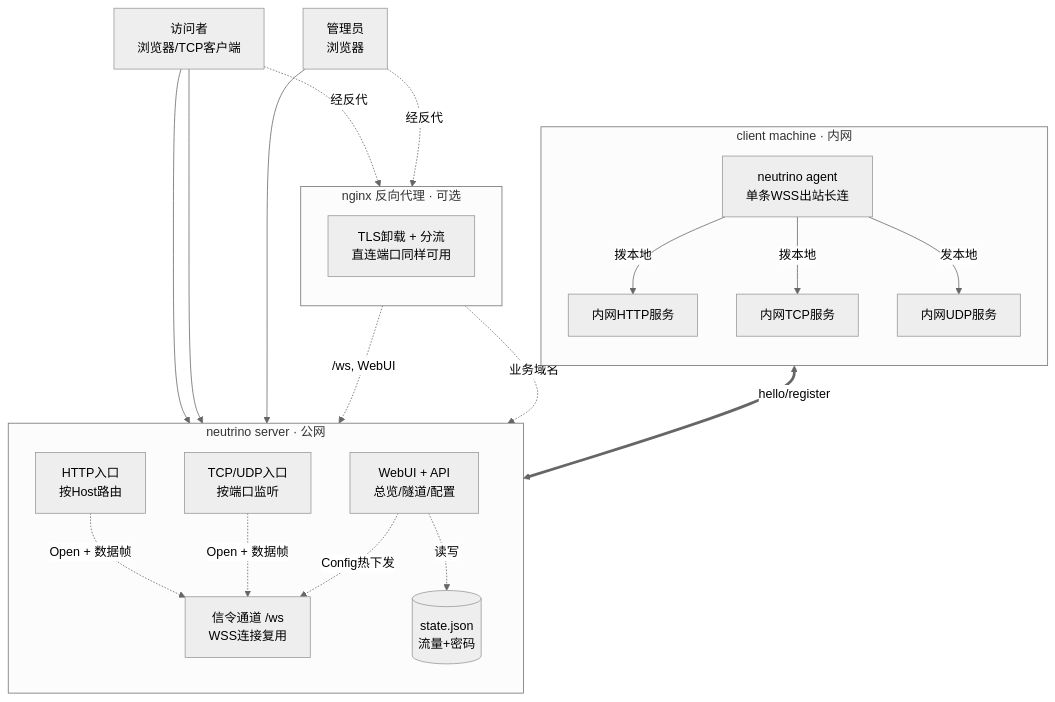
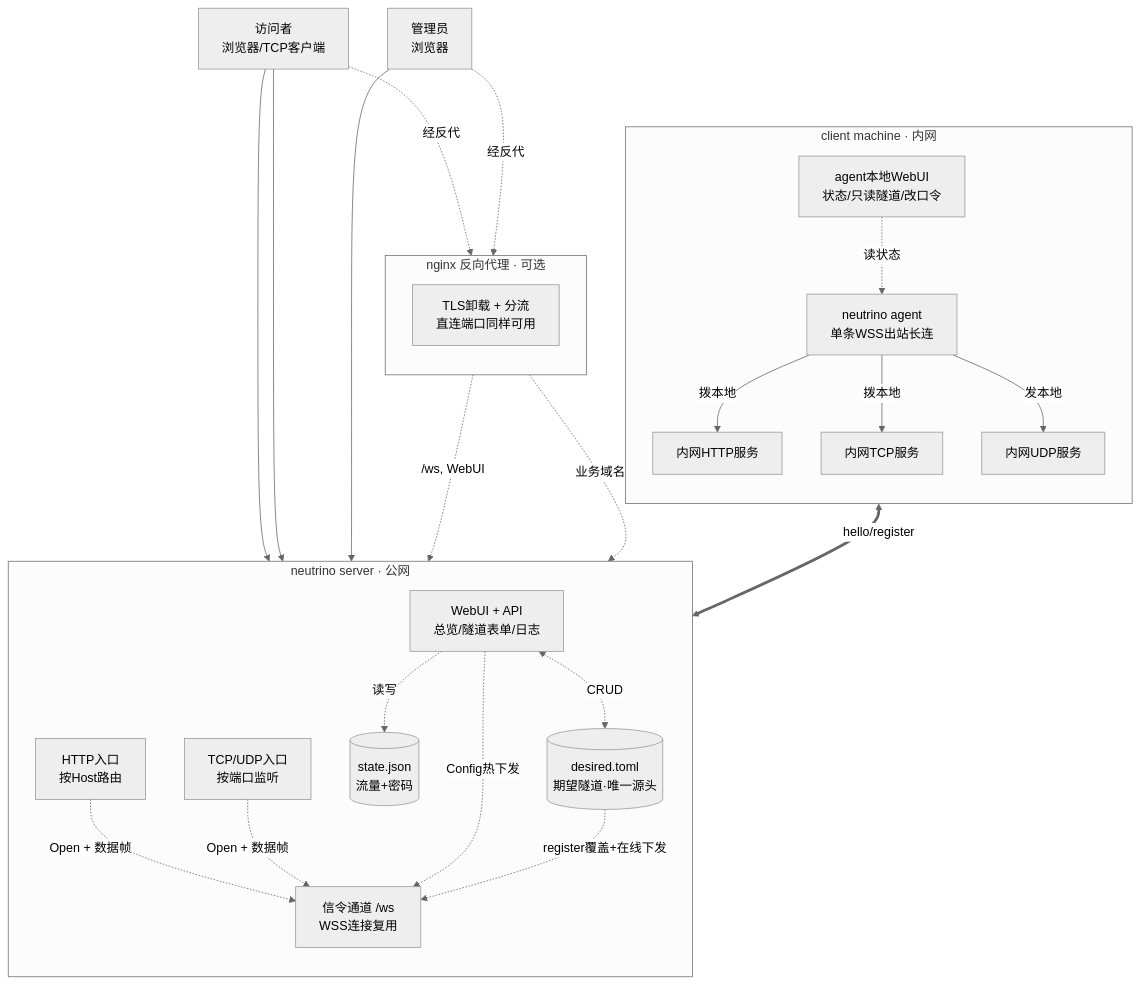
One commit to kkito/neutrino changed the first of 5 diagrams in docs/architecture.md. Above: the diagram before and after it, drawn with Mermaid (neutral theme). The commit also changed other lines of this file and 4 other files, not shown here.

````diff
--- a/docs/architecture.md
+++ b/docs/architecture.md
@@ -11,43 +11,48 @@
 ```mermaid
 flowchart TB
     U[访问者<br/>浏览器/TCP客户端]
     A[管理员<br/>浏览器]
 
     subgraph SRV[neutrino server · 公网]
         direction TB
         WS["信令通道 /ws<br/>WSS连接复用"]
         HTTP["HTTP入口<br/>按Host路由"]
         TCP["TCP/UDP入口<br/>按端口监听"]
-        WEB["WebUI + API<br/>总览/隧道/配置"]
+        WEB["WebUI + API<br/>总览/隧道表单/日志"]
+        DS[(desired.toml<br/>期望隧道·唯一源头)]
         ST[(state.json<br/>流量+密码)]
         HTTP -.->|Open + 数据帧| WS
         TCP -.->|Open + 数据帧| WS
         WEB -.->|Config热下发| WS
         WEB -.->|读写| ST
+        WEB <-.->|CRUD| DS
+        DS -.->|register覆盖+在线下发| WS
     end
 
     subgraph AGT[client machine · 内网]
         direction TB
         AG["neutrino agent<br/>单条WSS出站长连"]
+        AW["agent本地WebUI<br/>状态/只读隧道/改口令"]
         L1[内网HTTP服务]
         L2[内网TCP服务]
         L3[内网UDP服务]
         AG -->|拨本地| L1
         AG -->|拨本地| L2
         AG -->|发本地| L3
+        AW -.->|读状态| AG
     end
 
     subgraph RP[nginx 反向代理 · 可选]
         direction TB
         N["TLS卸载 + 分流<br/>直连端口同样可用"]
     end
 
     U --> HTTP
     U --> TCP
     A --> WEB
     AG <==>|hello/register| WS
     U -.->|经反代| N
     A -.->|经反代| N
     N -.->|/ws, WebUI| WS
     N -.->|业务域名| HTTP
 ```
````
